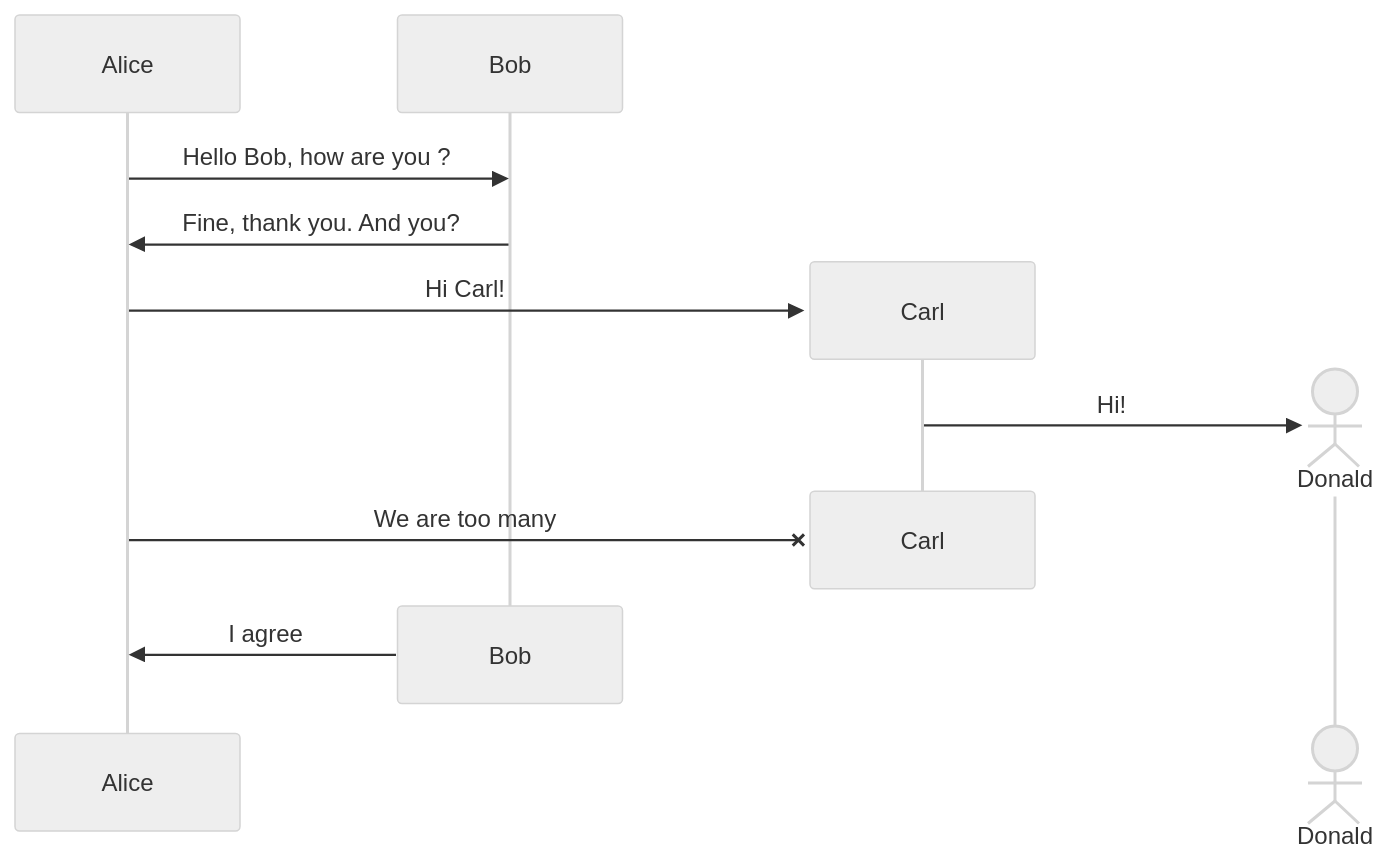
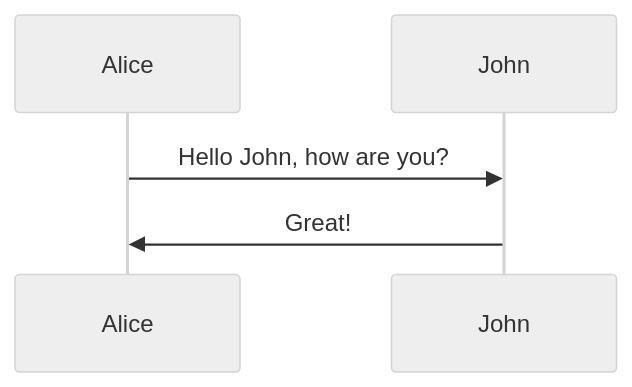
One commit to kampus-merdeka-standardization/standarisasi-dokumentasi changed the second of 6 diagrams in README.md. Above: the diagram before and after it, drawn with Mermaid (neutral theme).

````diff
--- a/README.md
+++ b/README.md
@@ -129,13 +129,7 @@
 ```mermaid
 sequenceDiagram
-    Alice->>Bob: Hello Bob, how are you ?
-    Bob->>Alice: Fine, thank you. And you?
-    create participant Carl
-    Alice->>Carl: Hi Carl!
-    create actor D as Donald
-    Carl->>D: Hi!
-    destroy Carl
-    Alice-xCarl: We are too many
-    destroy Bob
-    Bob->>Alice: I agree
+    participant A as Alice
+    participant J as John
+    A->>J: Hello John, how are you?
+    J->>A: Great!
 ```
````
